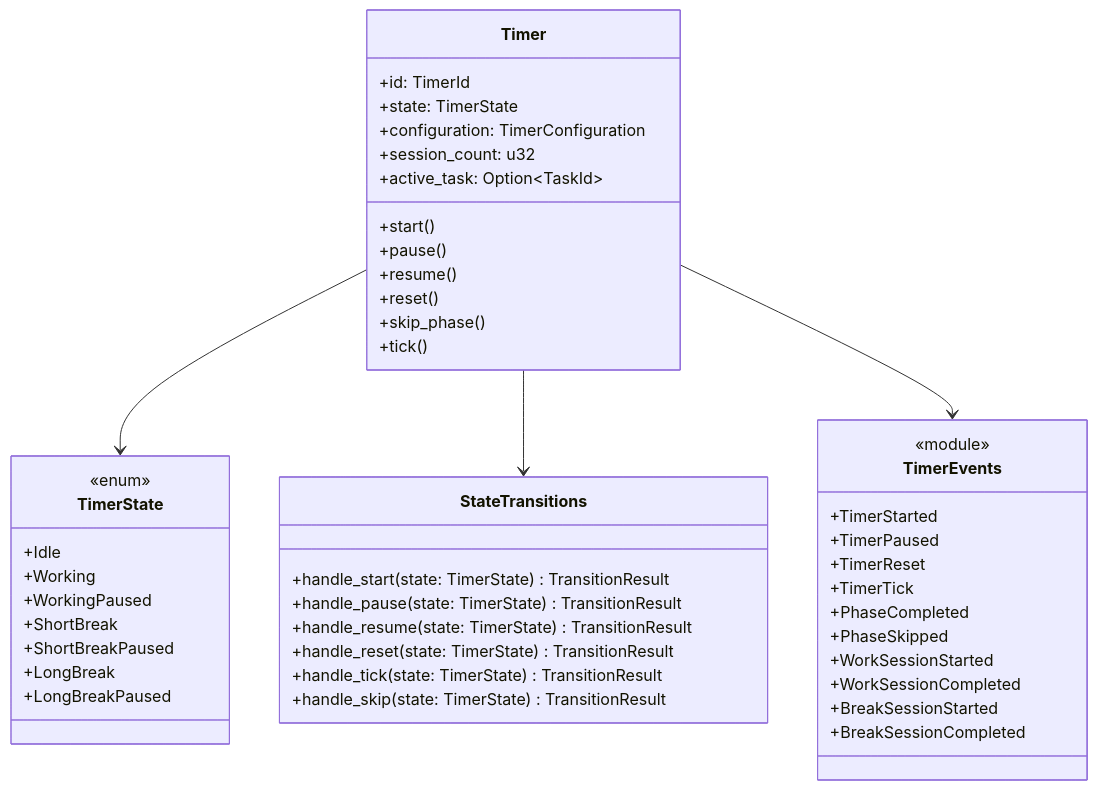
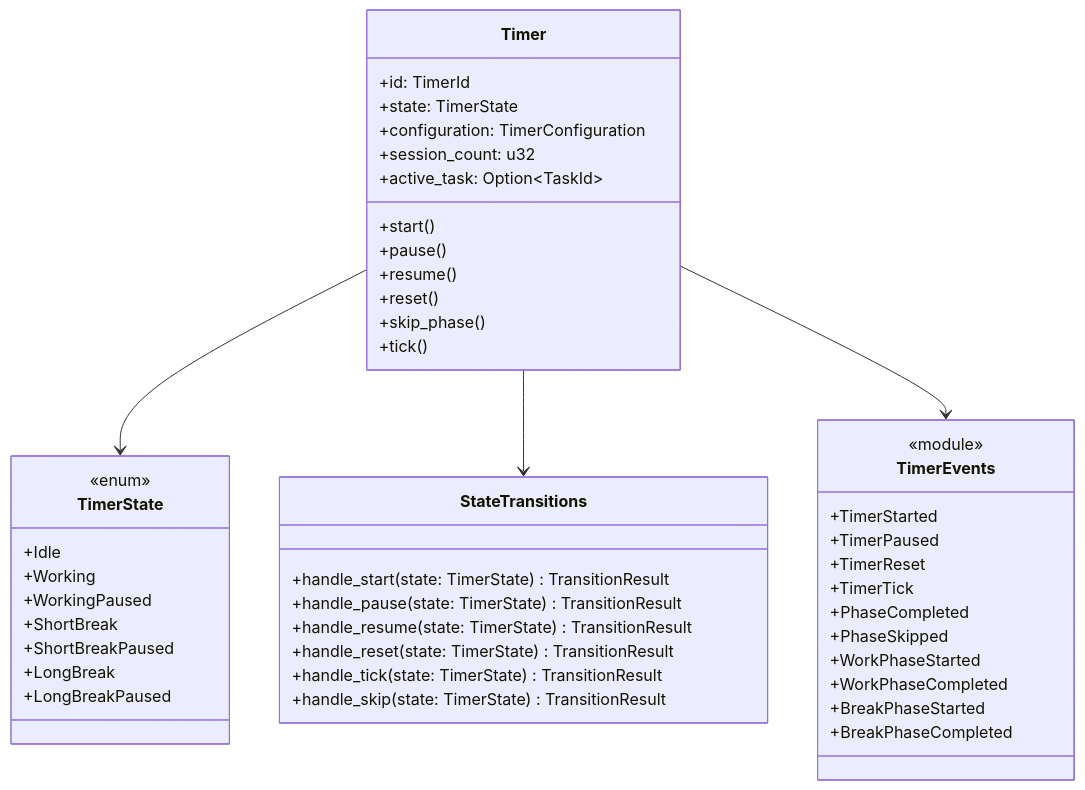
One commit to kulapoo/pomotoro changed the fifth of 11 diagrams in docs/domain.md. Above: the diagram before and after it, drawn with Mermaid. The commit also changed other lines of this file and 19 other files, not shown here.

````diff
--- a/docs/domain.md
+++ b/docs/domain.md
@@ -152,54 +152,54 @@
 ```mermaid
 classDiagram
     class TimerState {
         <<enum>>
         +Idle
         +Working
         +WorkingPaused
         +ShortBreak
         +ShortBreakPaused
         +LongBreak
         +LongBreakPaused
     }
     
     class Timer {
         +id: TimerId
         +state: TimerState
         +configuration: TimerConfiguration
         +session_count: u32
         +active_task: Option~TaskId~
         +start()
         +pause()
         +resume()
         +reset()
         +skip_phase()
         +tick()
     }
     
     class StateTransitions {
         +handle_start(state: TimerState) TransitionResult
         +handle_pause(state: TimerState) TransitionResult
         +handle_resume(state: TimerState) TransitionResult
         +handle_reset(state: TimerState) TransitionResult
         +handle_tick(state: TimerState) TransitionResult
         +handle_skip(state: TimerState) TransitionResult
     }
     
     class TimerEvents {
         <<module>>
         +TimerStarted
         +TimerPaused
         +TimerReset
         +TimerTick
         +PhaseCompleted
         +PhaseSkipped
-        +WorkSessionStarted
-        +WorkSessionCompleted
-        +BreakSessionStarted
-        +BreakSessionCompleted
+        +WorkPhaseStarted
+        +WorkPhaseCompleted
+        +BreakPhaseStarted
+        +BreakPhaseCompleted
     }
     
     Timer --> TimerState
     Timer --> StateTransitions
     Timer --> TimerEvents
 ```
````
